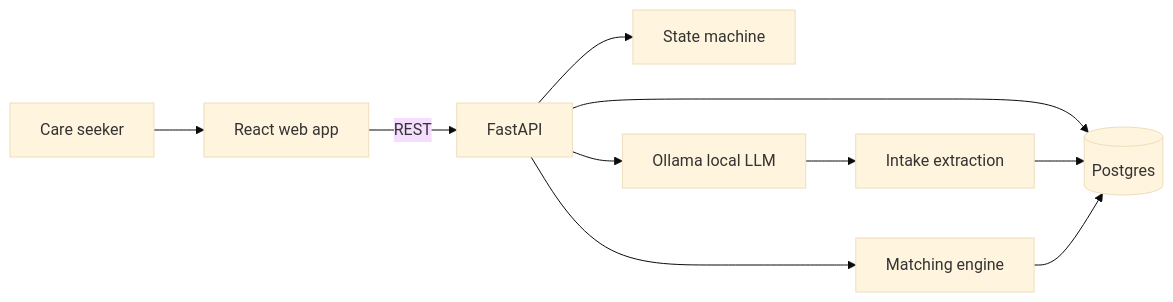
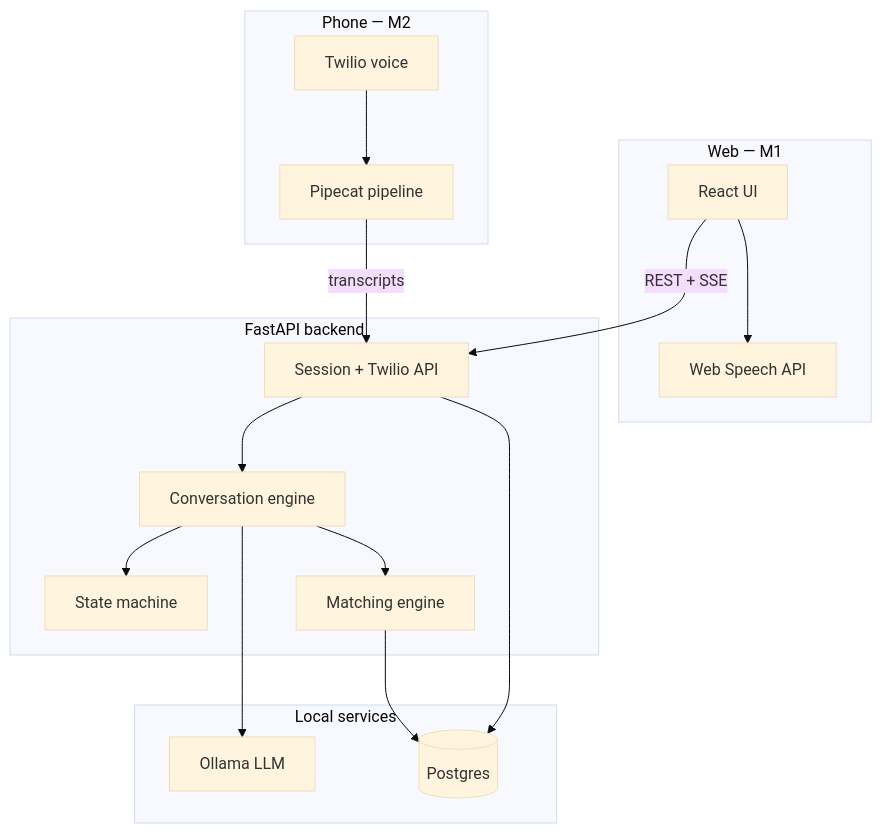
Before and after one commit to DouglasMacKrell/florence: the diagram in docs/portfolio.md, drawn with Mermaid (base theme). The commit also changed other lines of this file and 11 other files, not shown here.

````diff
--- a/docs/portfolio.md
+++ b/docs/portfolio.md
@@ -61,12 +75,35 @@
 ```mermaid
-flowchart LR
-    User[Care seeker] --> UI[React web app]
-    UI -->|REST| API[FastAPI]
-    API --> SM[State machine]
-    API --> Ollama[Ollama local LLM]
-    API --> Match[Matching engine]
-    API --> DB[(Postgres)]
-    Ollama --> Extract[Intake extraction]
-    Extract --> DB
-    Match --> DB
+flowchart TB
+    subgraph web [Web — M1]
+        Browser[React UI]
+        WebSpeech[Web Speech API]
+        Browser --> WebSpeech
+    end
+
+    subgraph phone [Phone — M2]
+        Twilio[Twilio voice]
+        Pipecat[Pipecat pipeline]
+        Twilio --> Pipecat
+    end
+
+    subgraph backend [FastAPI backend]
+        API[Session + Twilio API]
+        Conv[Conversation engine]
+        SM[State machine]
+        Match[Matching engine]
+        API --> Conv
+        Conv --> SM
+        Conv --> Match
+    end
+
+    subgraph local [Local services]
+        Ollama[Ollama LLM]
+        PG[(Postgres)]
+    end
+
+    Browser -->|REST + SSE| API
+    Pipecat -->|transcripts| API
+    Conv --> Ollama
+    API --> PG
+    Match --> PG
 ```
````
